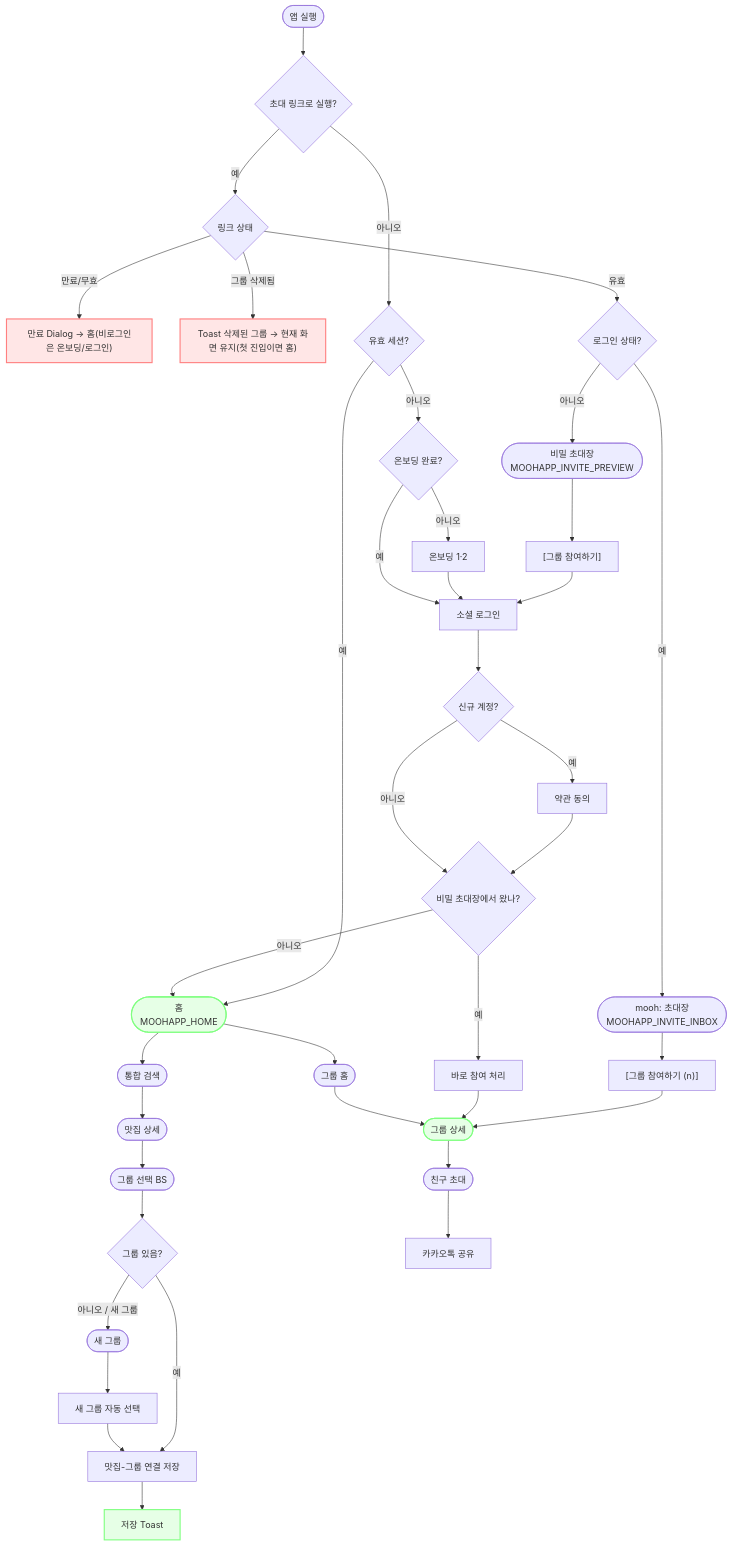
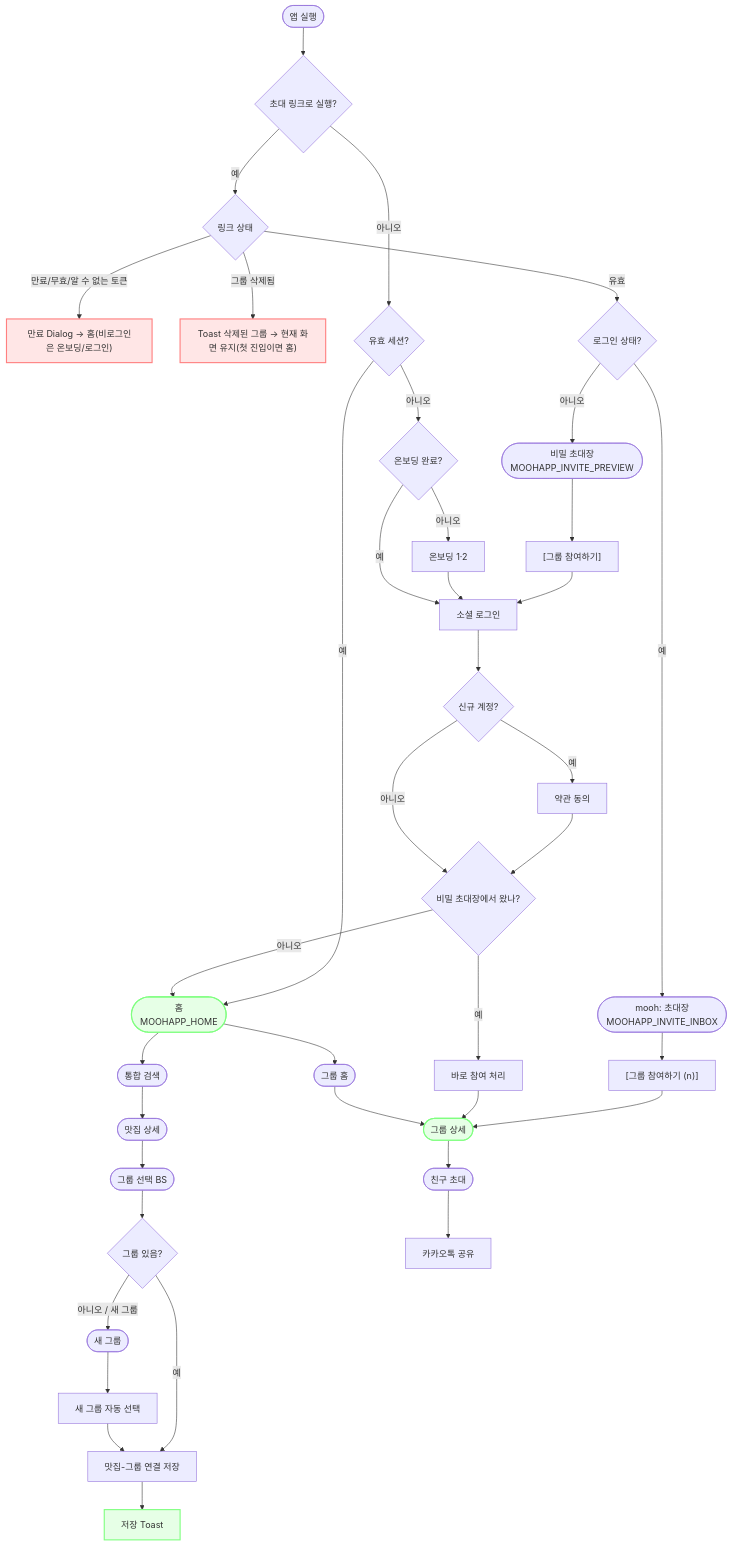
Before and after one commit to juhee0208/moo: the diagram in docs/03-flows.md, drawn with Mermaid. The commit also changed other lines of this file and 17 other files, not shown here.

````diff
--- a/docs/03-flows.md
+++ b/docs/03-flows.md
@@ -19,36 +20,36 @@
 ```mermaid
 flowchart TD
     classDef stop fill:#ffe6e6,stroke:#ff8080,stroke-width:2px;
     classDef pass fill:#e6ffe6,stroke:#80ff80,stroke-width:2px;
 
     Launch(["앱 실행"]) --> Link{"초대 링크로 실행?"}
     Link -- "예" --> InviteCheck{"링크 상태"}
-    InviteCheck -- "만료/무효" --> Expired["만료 Dialog → 홈(비로그인은 온보딩/로그인)"]
+    InviteCheck -- "만료/무효/알 수 없는 토큰" --> Expired["만료 Dialog → 홈(비로그인은 온보딩/로그인)"]
     InviteCheck -- "그룹 삭제됨" --> Deleted["Toast 삭제된 그룹 → 현재 화면 유지(첫 진입이면 홈)"]
     InviteCheck -- "유효" --> LoggedIn{"로그인 상태?"}
     LoggedIn -- "예" --> Inbox(["mooh: 초대장<br/>MOOHAPP_INVITE_INBOX"]) --> Join["[그룹 참여하기 (n)]"] --> GroupDetail
     LoggedIn -- "아니오" --> Preview(["비밀 초대장<br/>MOOHAPP_INVITE_PREVIEW"]) --> PreviewJoin["[그룹 참여하기]"] --> Login
 
     Link -- "아니오" --> Session{"유효 세션?"}
     Session -- "예" --> Home(["홈<br/>MOOHAPP_HOME"])
     Session -- "아니오" --> First{"온보딩 완료?"}
     First -- "아니오" --> Onboarding["온보딩 1·2"] --> Login["소셜 로그인"]
     First -- "예" --> Login
     Login --> NewUser{"신규 계정?"}
     NewUser -- "예" --> Terms["약관 동의"] --> Back
     NewUser -- "아니오" --> Back{"비밀 초대장에서 왔나?"}
     Back -- "예" --> AutoJoin["바로 참여 처리"] --> GroupDetail
     Back -- "아니오" --> Home
 
     Home --> Search(["통합 검색"]) --> Place(["맛집 상세"])
     Place --> GroupBS(["그룹 선택 BS"])
     GroupBS --> HasGroup{"그룹 있음?"}
     HasGroup -- "예" --> Save["맛집-그룹 연결 저장"] --> Done["저장 Toast"]
     HasGroup -- "아니오 / 새 그룹" --> Create(["새 그룹"]) --> AutoSelect["새 그룹 자동 선택"] --> Save
 
     Home --> GroupHome(["그룹 홈"]) --> GroupDetail(["그룹 상세"])
     GroupDetail --> Invite(["친구 초대"]) --> Share["카카오톡 공유"]
 
     class Expired,Deleted stop;
     class Home,Done,GroupDetail pass;
 ```
````
